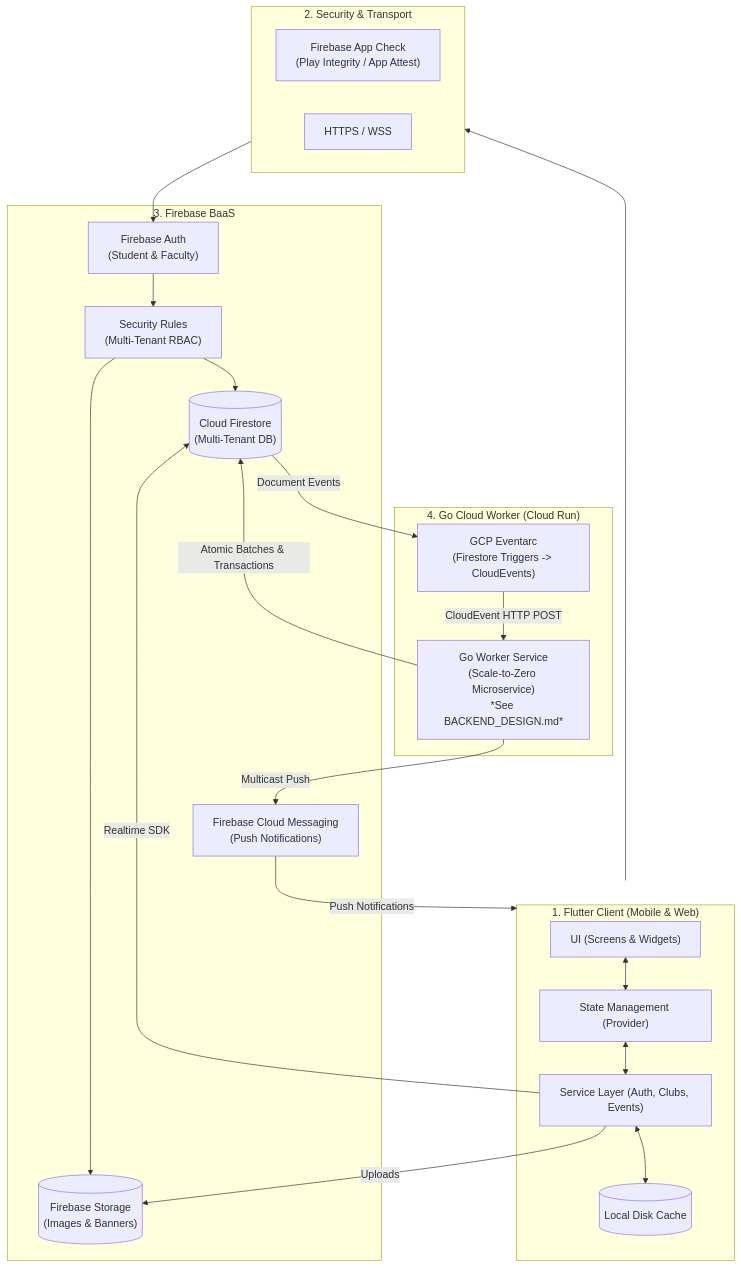
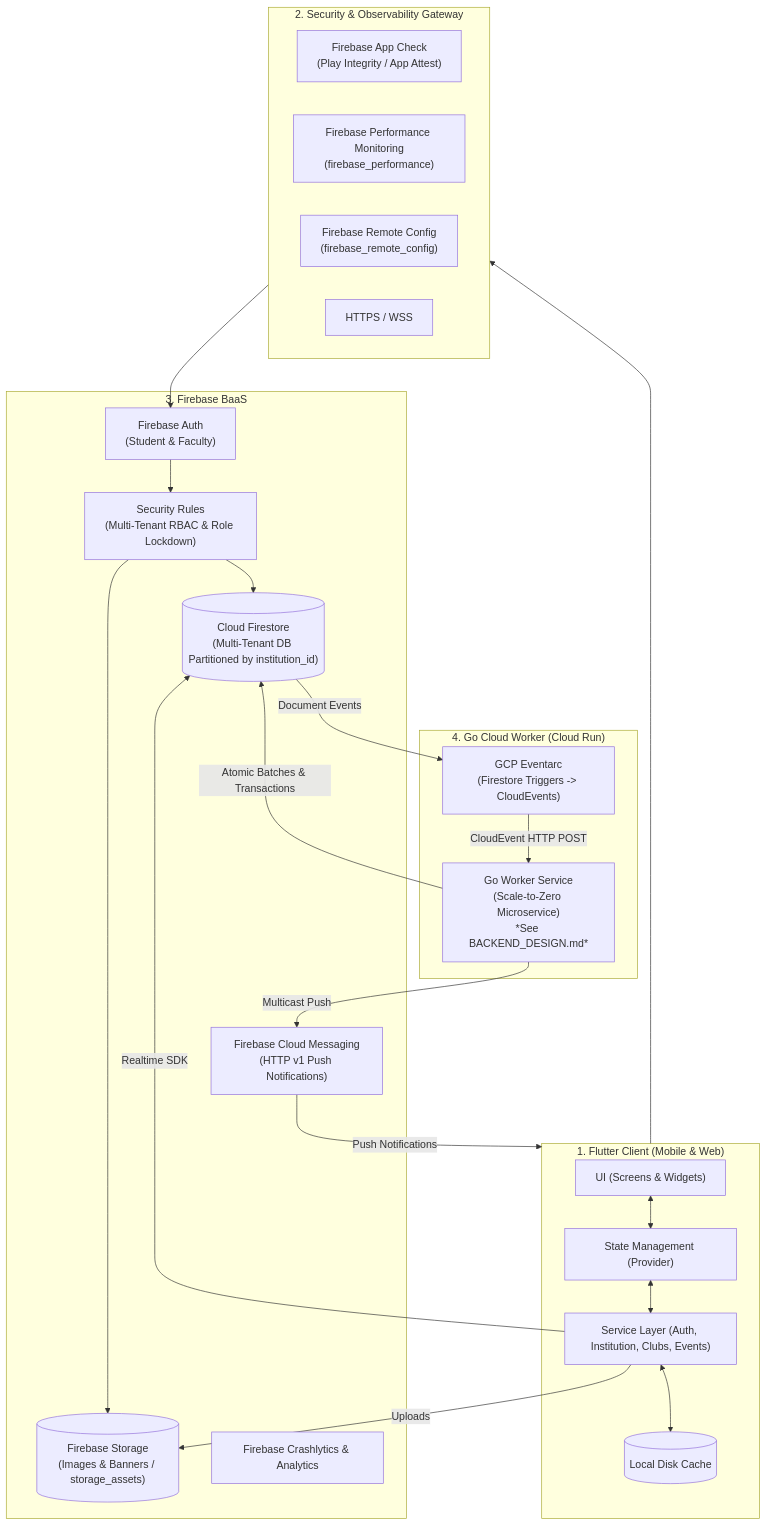
One commit to vkshdev/klubconnect changed the first of 2 diagrams in ARCHITECTURE.md. Above: the diagram before and after it, drawn with Mermaid. The commit also changed other lines of this file and 1 other file, not shown here.

Commit message:
Update architecture and backend design documentation to reflect multi-tenant features and account status validation

````diff
--- a/ARCHITECTURE.md
+++ b/ARCHITECTURE.md
@@ -18,46 +18,49 @@
 ```mermaid
 flowchart TB
     subgraph ClientTier["1. Flutter Client (Mobile & Web)"]
         UI["UI (Screens & Widgets)"]
         STATE["State Management (Provider)"]
-        SVC["Service Layer (Auth, Clubs, Events)"]
+        SVC["Service Layer (Auth, Institution, Clubs, Events)"]
         CACHE[("Local Disk Cache")]
 
         UI <--> STATE
         STATE <--> SVC
         SVC <--> CACHE
     end
 
-    subgraph SecurityGateway["2. Security & Transport"]
+    subgraph SecurityGateway["2. Security & Observability Gateway"]
         APPCHECK["Firebase App Check\n(Play Integrity / App Attest)"]
+        PERF["Firebase Performance Monitoring\n(firebase_performance)"]
+        CONFIG["Firebase Remote Config\n(firebase_remote_config)"]
         TLS["HTTPS / WSS"]
     end
 
     ClientTier --> SecurityGateway
 
     subgraph BaaSTier["3. Firebase BaaS"]
         AUTH["Firebase Auth\n(Student & Faculty)"]
-        RULES["Security Rules\n(Multi-Tenant RBAC)"]
-        FIRESTORE[("Cloud Firestore\n(Multi-Tenant DB)")]
-        STORAGE[("Firebase Storage\n(Images & Banners)")]
-        FCM["Firebase Cloud Messaging\n(Push Notifications)"]
+        RULES["Security Rules\n(Multi-Tenant RBAC & Role Lockdown)"]
+        FIRESTORE[("Cloud Firestore\n(Multi-Tenant DB Partitioned by institution_id)")]
+        STORAGE[("Firebase Storage\n(Images & Banners / storage_assets)")]
+        FCM["Firebase Cloud Messaging\n(HTTP v1 Push Notifications)"]
+        CRASH["Firebase Crashlytics & Analytics"]
     end
 
     SecurityGateway --> AUTH
     AUTH --> RULES
     RULES --> FIRESTORE
     RULES --> STORAGE
     SVC -->|Realtime SDK| FIRESTORE
     SVC -->|Uploads| STORAGE
 
     subgraph AsyncPipeline["4. Go Cloud Worker (Cloud Run)"]
         EVENTARC["GCP Eventarc\n(Firestore Triggers -> CloudEvents)"]
         CLOUDRUN["Go Worker Service\n(Scale-to-Zero Microservice)\n*See BACKEND_DESIGN.md*"]
     end
 
     FIRESTORE -->|Document Events| EVENTARC
     EVENTARC -->|CloudEvent HTTP POST| CLOUDRUN
     CLOUDRUN -->|Atomic Batches & Transactions| FIRESTORE
     CLOUDRUN -->|Multicast Push| FCM
     FCM -->|Push Notifications| ClientTier
 ```
````
